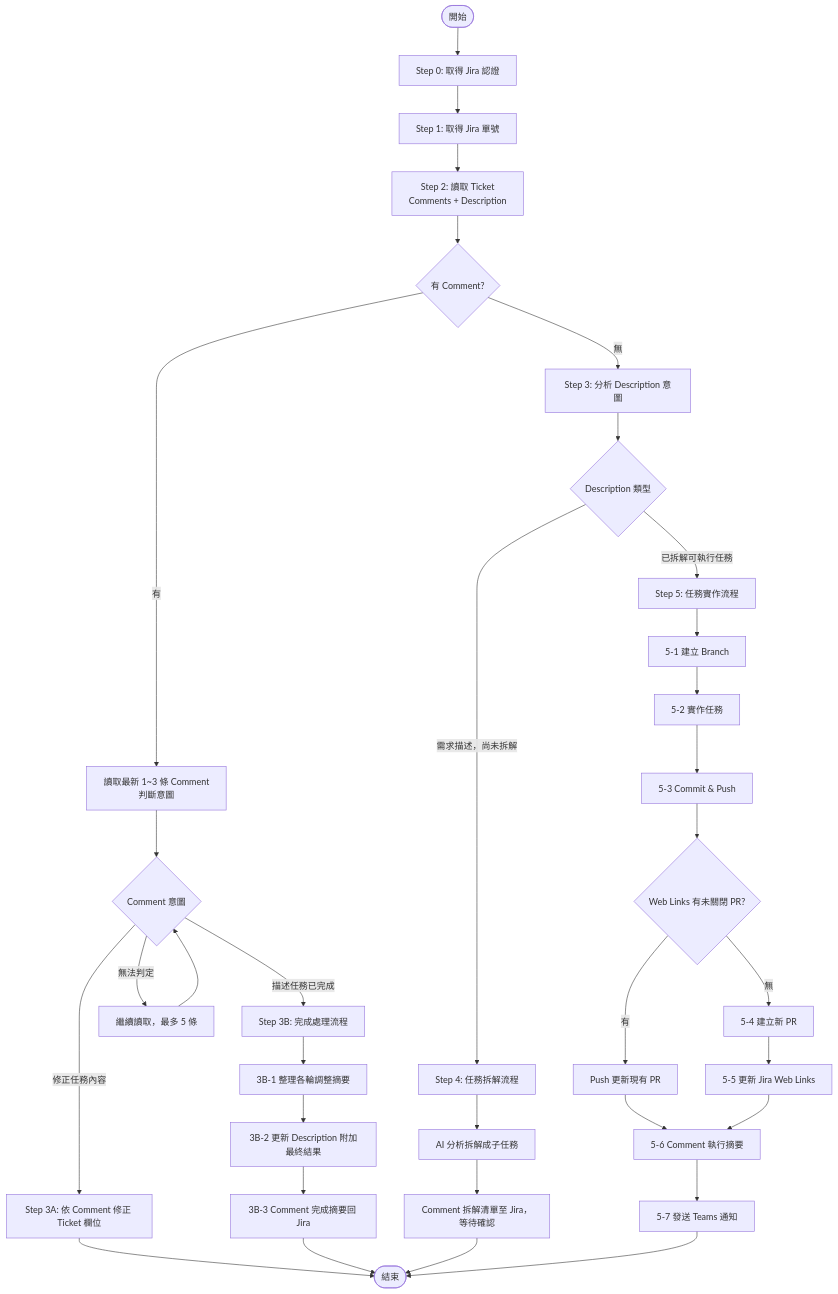
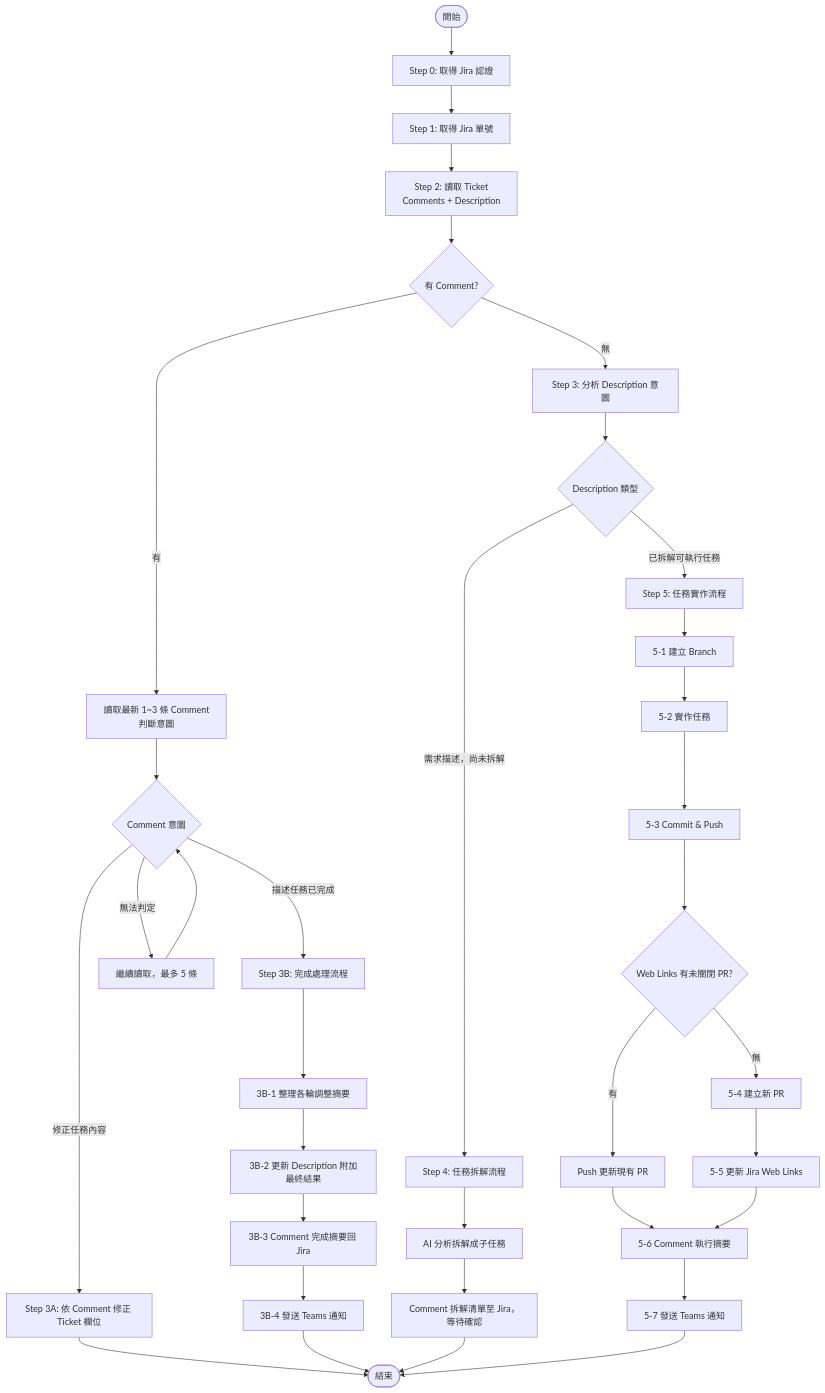
The diagram in .claude/skills/jirara.md (Key0329/ai10-test-project), drawn with Mermaid before and after one commit. The commit also changed other lines of this file and 2 other files, not shown here.

````diff
--- a/.claude/skills/jirara.md
+++ b/.claude/skills/jirara.md
@@ -47,38 +51,39 @@
 ```mermaid
 flowchart TD
     A([開始]) --> B[Step 0: 取得 Jira 認證]
     B --> C[Step 1: 取得 Jira 單號]
     C --> D[Step 2: 讀取 Ticket\nComments + Description]
     D --> E{有 Comment?}
 
     E -- 有 --> F[讀取最新 1~3 條 Comment\n判斷意圖]
     F --> G{Comment 意圖}
     G -- 修正任務內容 --> H[Step 3A: 依 Comment 修正 Ticket 欄位]
     H --> Z([結束])
     G -- 描述任務已完成 --> I[Step 3B: 完成處理流程]
     I --> I1[3B-1 整理各輪調整摘要]
     I1 --> I2[3B-2 更新 Description 附加最終結果]
     I2 --> I3[3B-3 Comment 完成摘要回 Jira]
-    I3 --> Z
+    I3 --> I4[3B-4 發送 Teams 通知]
+    I4 --> Z
     G -- 無法判定 --> F2[繼續讀取，最多 5 條]
     F2 --> G
 
     E -- 無 --> J[Step 3: 分析 Description 意圖]
     J --> K{Description 類型}
     K -- 需求描述，尚未拆解 --> L[Step 4: 任務拆解流程]
     L --> L1[AI 分析拆解成子任務]
     L1 --> L2[Comment 拆解清單至 Jira，等待確認]
     L2 --> Z
     K -- 已拆解可執行任務 --> M[Step 5: 任務實作流程]
     M --> M1[5-1 建立 Branch]
     M1 --> M2[5-2 實作任務]
     M2 --> M3[5-3 Commit & Push]
     M3 --> M4{Web Links 有未關閉 PR?}
     M4 -- 有 --> M5[Push 更新現有 PR]
     M4 -- 無 --> M6[5-4 建立新 PR]
     M5 --> M7[5-6 Comment 執行摘要]
     M6 --> M6b[5-5 更新 Jira Web Links]
     M6b --> M7
     M7 --> M8[5-7 發送 Teams 通知]
     M8 --> Z
 ```
````
